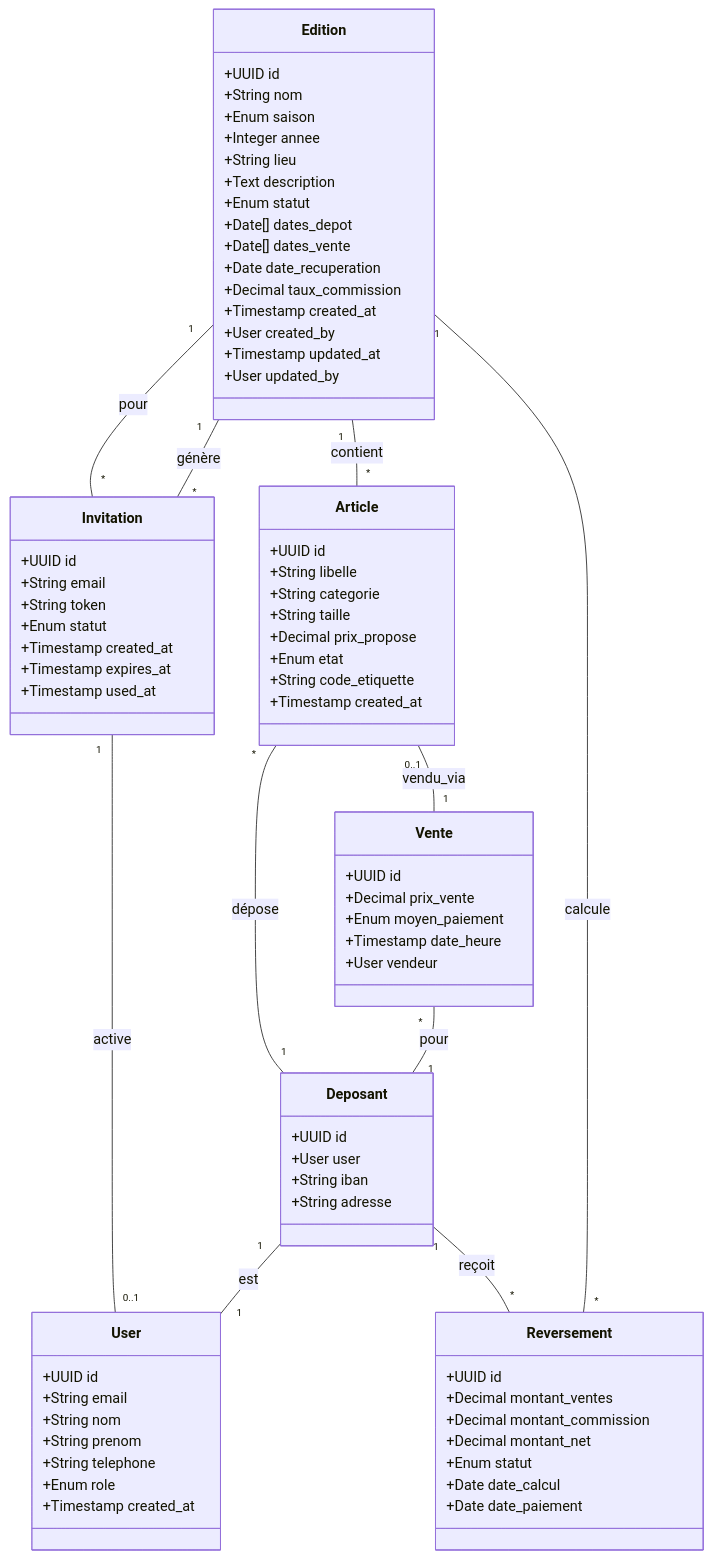
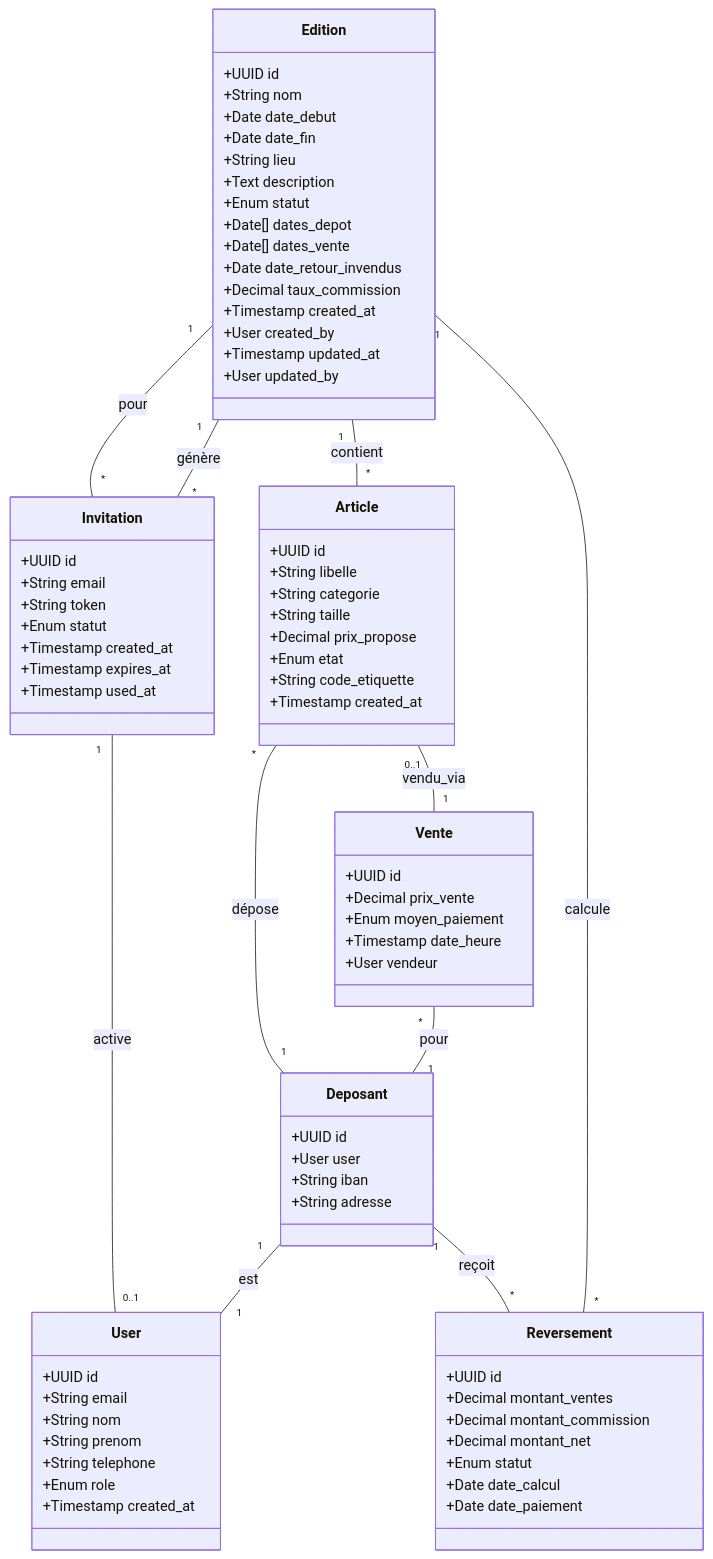
One commit to ALPE-Plaisance-du-Touch/Gestionnaire-de-Bourse-ALPE changed the first of 2 diagrams in docs/domain-model.md. Above: the diagram before and after it, drawn with Mermaid. The commit also changed other lines of this file and 1 other file, not shown here.

First line of the commit message:
refactor(US-006): simplify edition creation with date ranges

```diff
--- a/docs/domain-model.md
+++ b/docs/domain-model.md
@@ -15,14 +15,14 @@
   class Edition {
     +UUID id
     +String nom
-    +Enum saison
-    +Integer annee
+    +Date date_debut
+    +Date date_fin
     +String lieu
     +Text description
     +Enum statut
     +Date[] dates_depot
     +Date[] dates_vente
-    +Date date_recuperation
+    +Date date_retour_invendus
     +Decimal taux_commission
     +Timestamp created_at
     +User created_by
```
